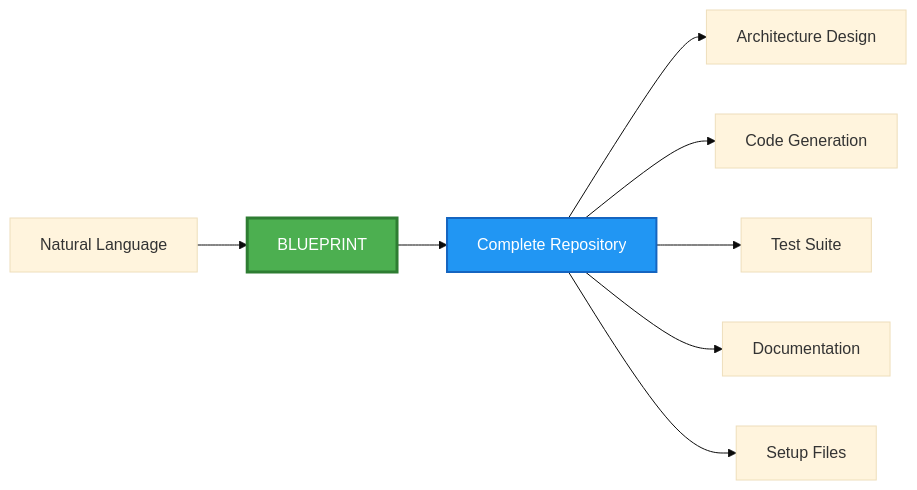
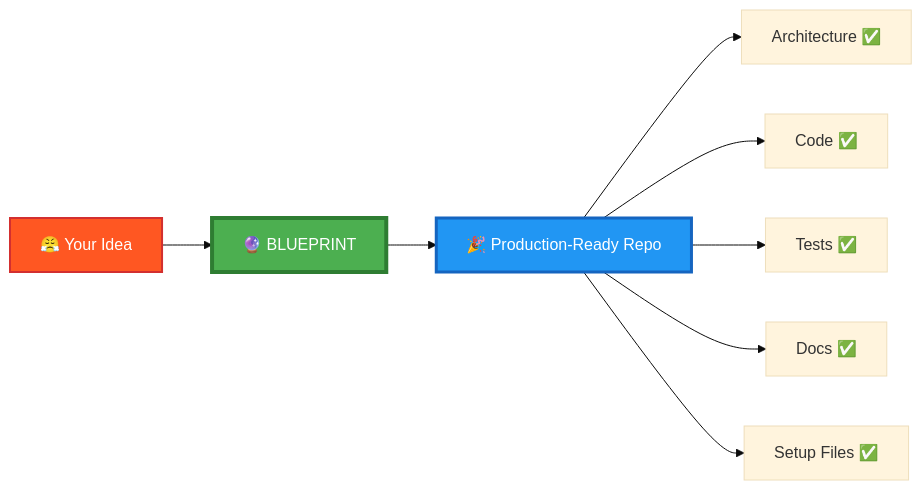
Before and after one commit to DivyamTalwar/BLUEPRINT: the first of 6 diagrams in README.md, drawn with Mermaid (base theme). The commit also changed other lines of this file, not shown here.

````diff
--- a/README.md
+++ b/README.md
@@ -71,14 +94,15 @@
 ```mermaid
 graph LR
-    A[Natural Language] --> B[BLUEPRINT]
-    B --> C[Complete Repository]
+    A[😤 Your Idea] --> B[🔮 BLUEPRINT]
+    B --> C[🎉 Production-Ready Repo]
 
-    C --> D[Architecture Design]
-    C --> E[Code Generation]
-    C --> F[Test Suite]
-    C --> G[Documentation]
-    C --> H[Setup Files]
+    C --> D[Architecture ✅]
+    C --> E[Code ✅]
+    C --> F[Tests ✅]
+    C --> G[Docs ✅]
+    C --> H[Setup Files ✅]
 
-    style B fill:#4CAF50,stroke:#2E7D32,stroke-width:3px,color:#fff
-    style C fill:#2196F3,stroke:#1565C0,stroke-width:2px,color:#fff
+    style A fill:#FF5722,stroke:#D32F2F,stroke-width:2px,color:#fff
+    style B fill:#4CAF50,stroke:#2E7D32,stroke-width:4px,color:#fff
+    style C fill:#2196F3,stroke:#1565C0,stroke-width:3px,color:#fff
 ```
````
